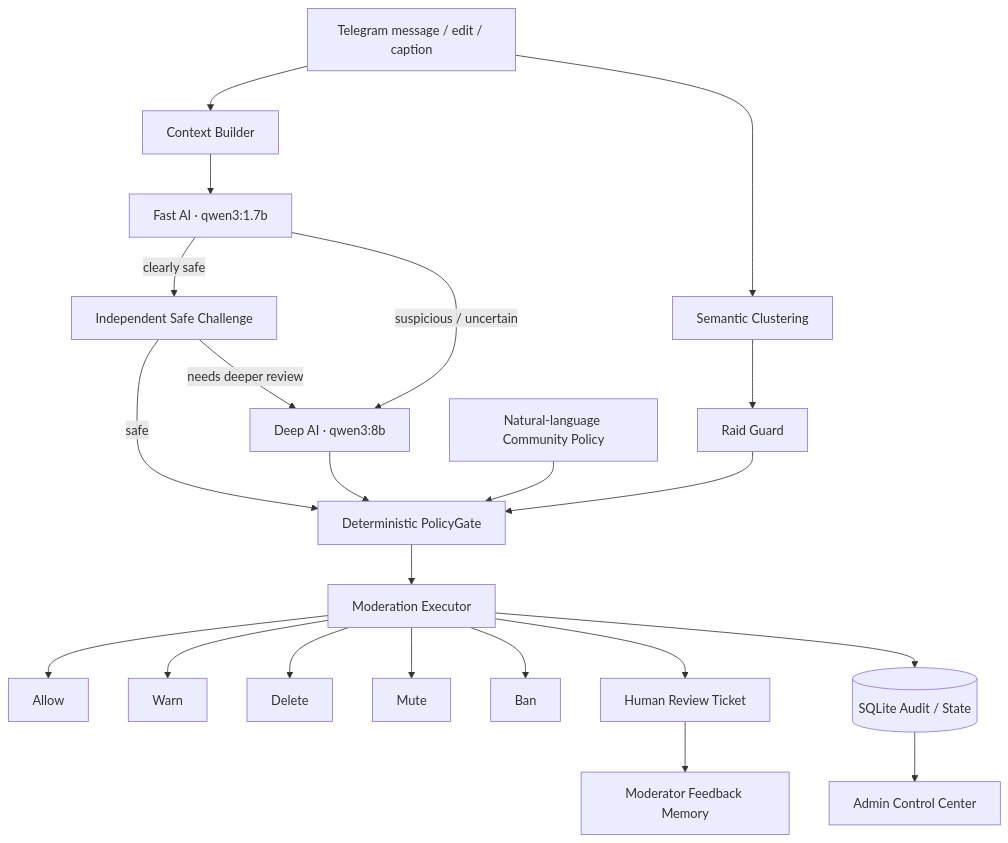
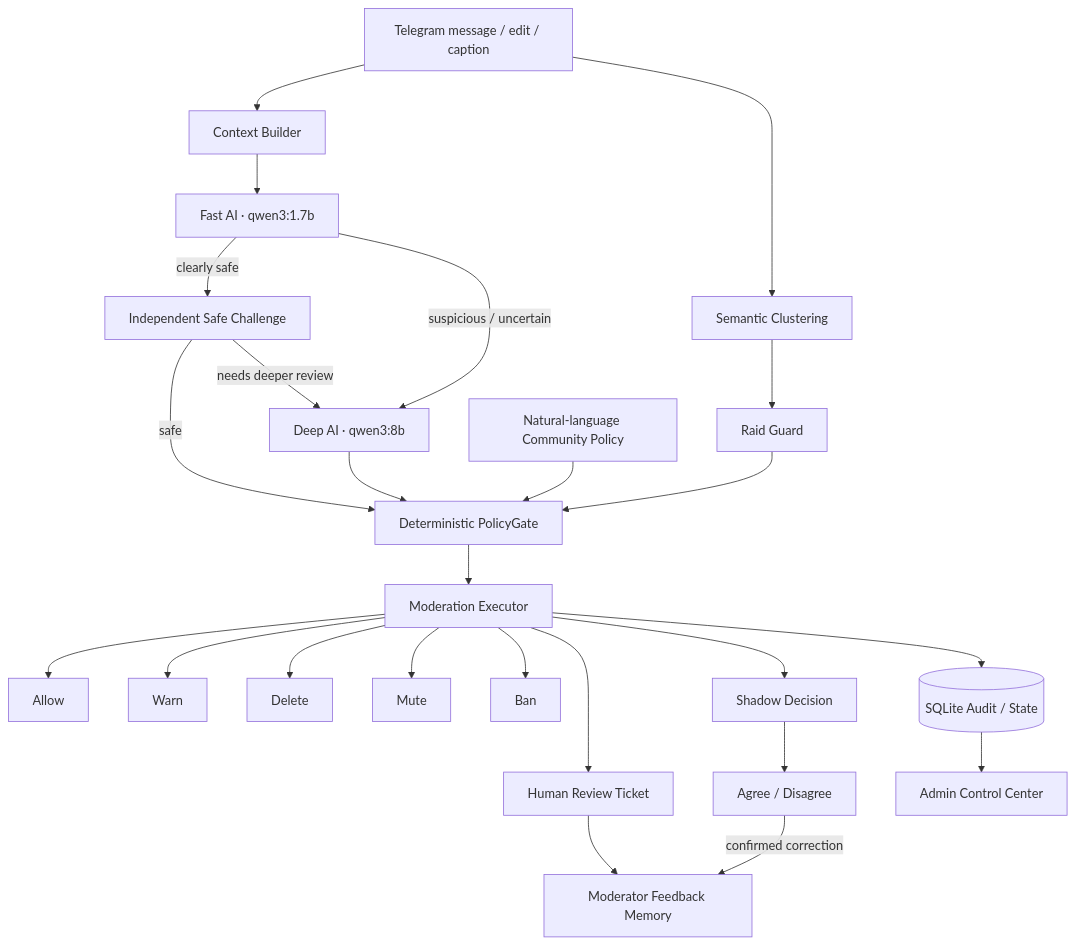
Before and after one commit to 0xkentoshi/modguard: the diagram in README.md, drawn with Mermaid. The commit also changed other lines of this file and 13 other files, not shown here.

First line of the commit message:
v1.3.0 - Adaptive Shadow Feedback

````diff
--- a/README.md
+++ b/README.md
@@ -172,29 +173,32 @@
 ```mermaid
 flowchart TD
     TG[Telegram message / edit / caption] --> CTX[Context Builder]
     CTX --> FAST[Fast AI · qwen3:1.7b]
     FAST -->|clearly safe| CHALLENGE[Independent Safe Challenge]
     FAST -->|suspicious / uncertain| DEEP[Deep AI · qwen3:8b]
     CHALLENGE -->|safe| POLICY[Deterministic PolicyGate]
     CHALLENGE -->|needs deeper review| DEEP
     DEEP --> POLICY
 
     POLICY --> EXEC[Moderation Executor]
     EXEC --> ALLOW[Allow]
     EXEC --> WARN[Warn]
     EXEC --> DELETE[Delete]
     EXEC --> MUTE[Mute]
     EXEC --> BAN[Ban]
     EXEC --> REVIEW[Human Review Ticket]
+    EXEC --> SHADOW[Shadow Decision]
 
     REVIEW --> FEEDBACK[Moderator Feedback Memory]
+    SHADOW --> SFB[Agree / Disagree]
+    SFB -->|confirmed correction| FEEDBACK
 
     EXEC --> AUDIT[(SQLite Audit / State)]
     AUDIT --> DASH[Admin Control Center]
 
     TG --> SEM[Semantic Clustering]
     SEM --> RAID[Raid Guard]
     RAID --> POLICY
 
     COMMUNITY[Natural-language Community Policy] --> POLICY
 ```
````
